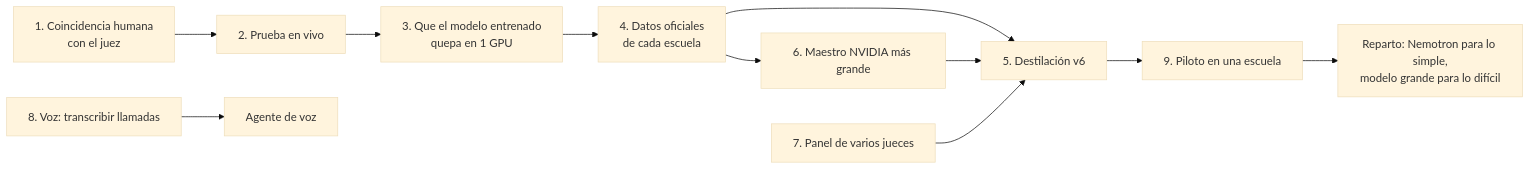
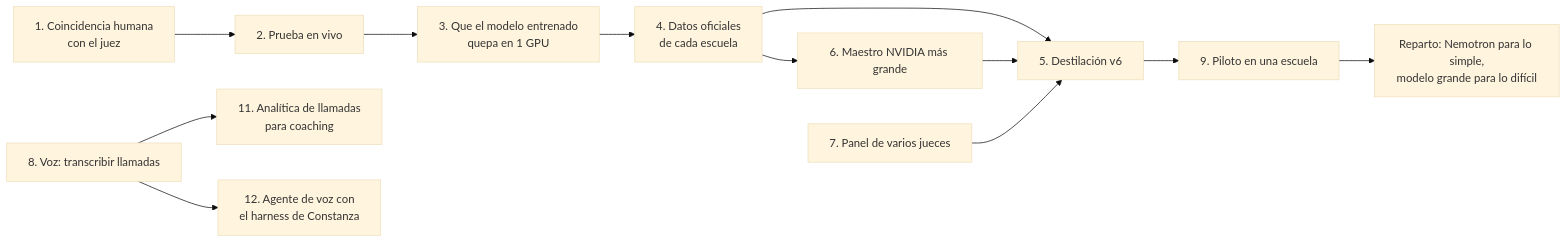
One commit to victorgalloo/superleads-ai-aws-nvidia changed the diagram in docs/es/roadmap-and-credits-ask.md. Above: the diagram before and after it, drawn with Mermaid (base theme). The commit also changed other lines of this file and 11 other files, not shown here.

````diff
--- a/docs/es/roadmap-and-credits-ask.md
+++ b/docs/es/roadmap-and-credits-ask.md
@@ -15,13 +32,14 @@
 ```mermaid
 flowchart LR
   A[1. Coincidencia humana<br/>con el juez] --> B[2. Prueba en vivo]
   B --> C[3. Que el modelo entrenado<br/>quepa en 1 GPU]
   C --> D[4. Datos oficiales<br/>de cada escuela]
   D --> E[5. Destilación v6]
   E --> F[9. Piloto en una escuela]
   D --> G[6. Maestro NVIDIA más grande]
   G --> E
   H[7. Panel de varios jueces] --> E
-  I[8. Voz: transcribir llamadas] --> J[Agente de voz]
+  I[8. Voz: transcribir llamadas] --> L[11. Analítica de llamadas<br/>para coaching]
+  I --> J[12. Agente de voz con<br/>el harness de Constanza]
   F --> K[Reparto: Nemotron para lo simple,<br/>modelo grande para lo difícil]
 ```
````
